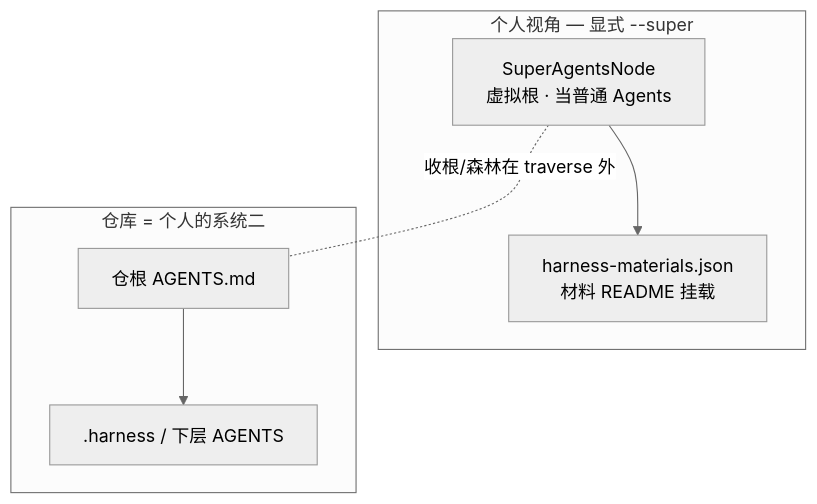
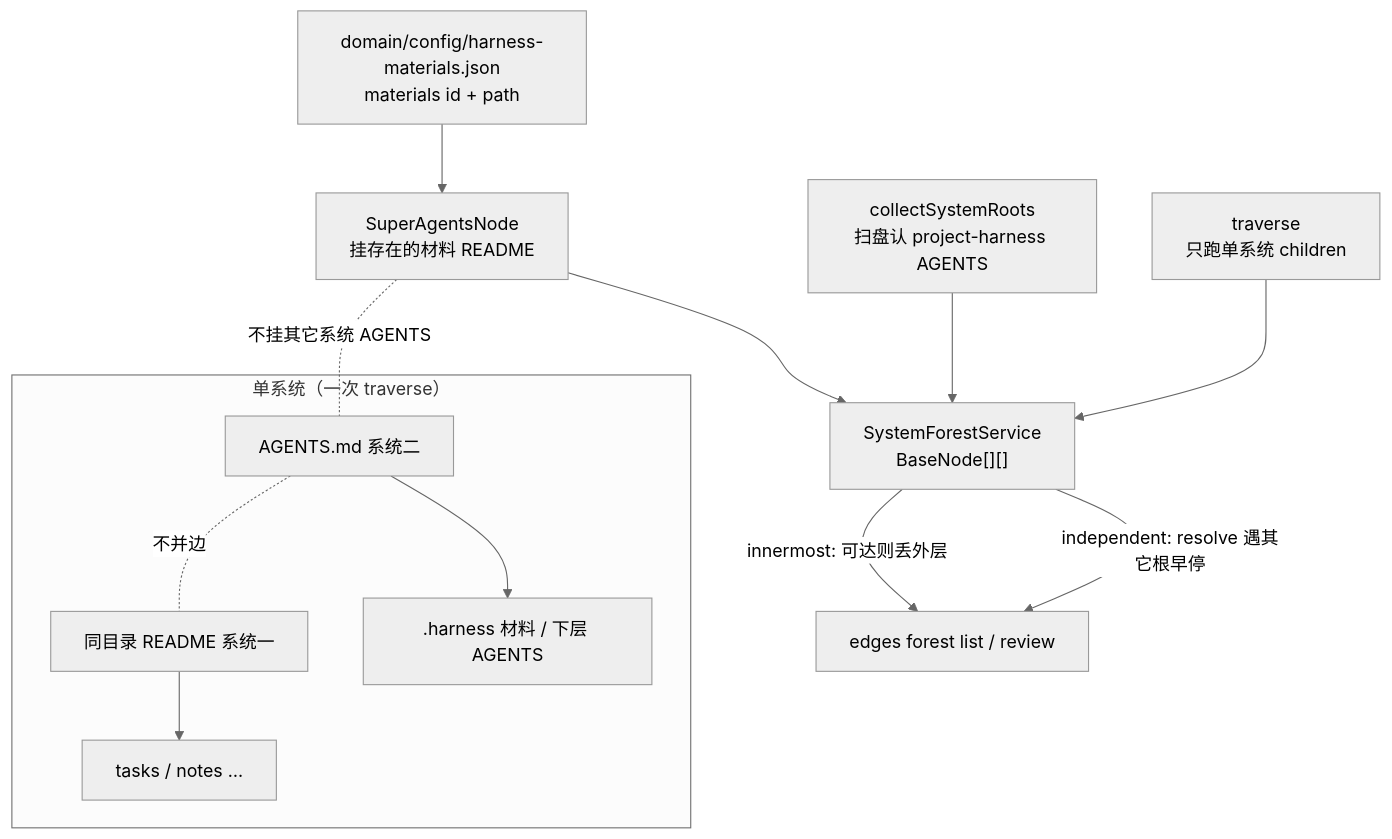
One commit to VirusPC/edges changed the first of 6 diagrams in extensions/cli/src/domain/models/README.md. Above: the diagram before and after it, drawn with Mermaid (neutral theme).

Commit message:
docs: 更新系统森林 / Super 架构图

````diff
--- a/extensions/cli/src/domain/models/README.md
+++ b/extensions/cli/src/domain/models/README.md
@@ -20,10 +20,17 @@
 ```mermaid
 flowchart TB
-  subgraph personal["个人视角 — 显式 --super"]
-    S["SuperAgentsNode<br/>虚拟根 · 当普通 Agents"] --> M["harness-materials.json<br/>材料 README 挂载"]
+  CFG["domain/config/harness-materials.json<br/>materials id + path"]
+  CFG --> SUPER["SuperAgentsNode<br/>挂存在的材料 README"]
+  SCAN["collectSystemRoots<br/>扫盘认 project-harness AGENTS"] --> SFS
+  SUPER --> SFS["SystemForestService<br/>BaseNode[][]"]
+  TRAV["traverse<br/>只跑单系统 children"] --> SFS
+  SFS -->|"independent: resolve 遇其它根早停"| OUT["edges forest list / review"]
+  SFS -->|"innermost: 可达则丢外层"| OUT
+
+  subgraph single["单系统（一次 traverse）"]
+    A["AGENTS.md 系统二"] --> H[".harness 材料 / 下层 AGENTS"]
+    R["同目录 README 系统一"] --> T["tasks / notes …"]
   end
-  subgraph repo["仓库 = 个人的系统二"]
-    A["仓根 AGENTS.md"] --> H[".harness / 下层 AGENTS"]
-  end
-  S -. "收根/森林在 traverse 外" .- A
+  A -. "不并边" .- R
+  SUPER -. "不挂其它系统 AGENTS" .- A
 ```
````
